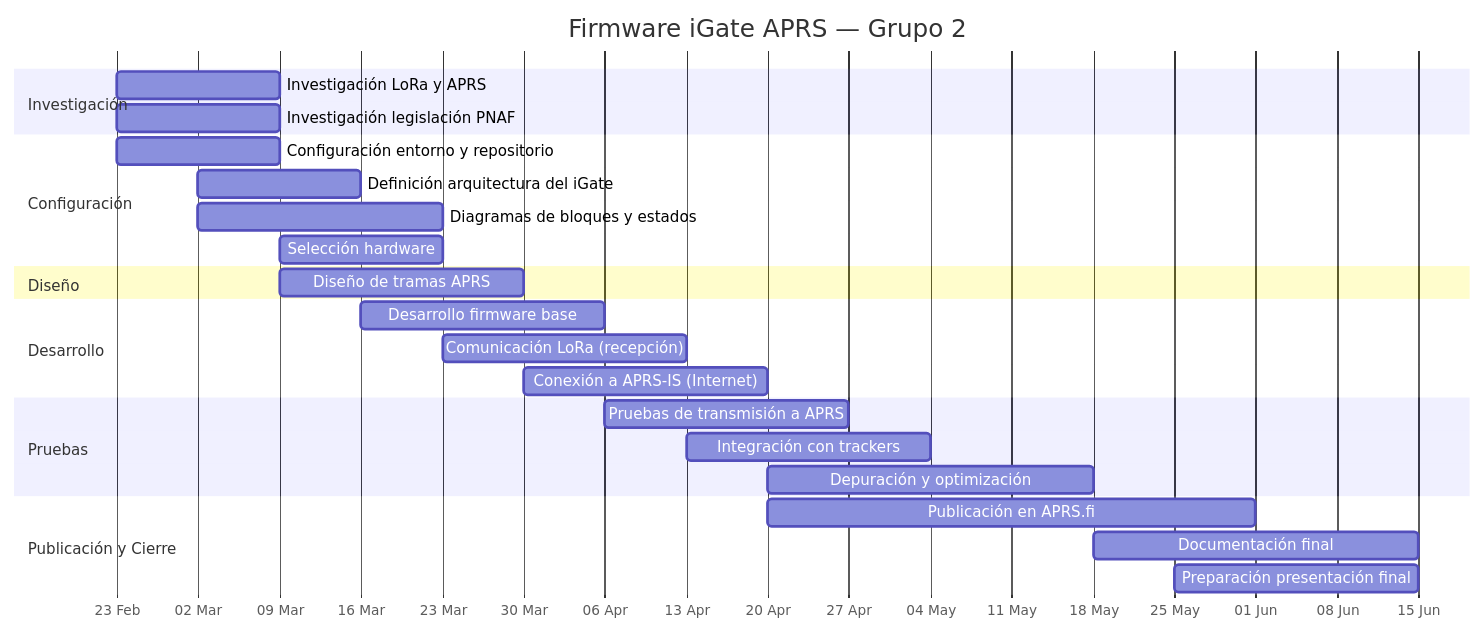
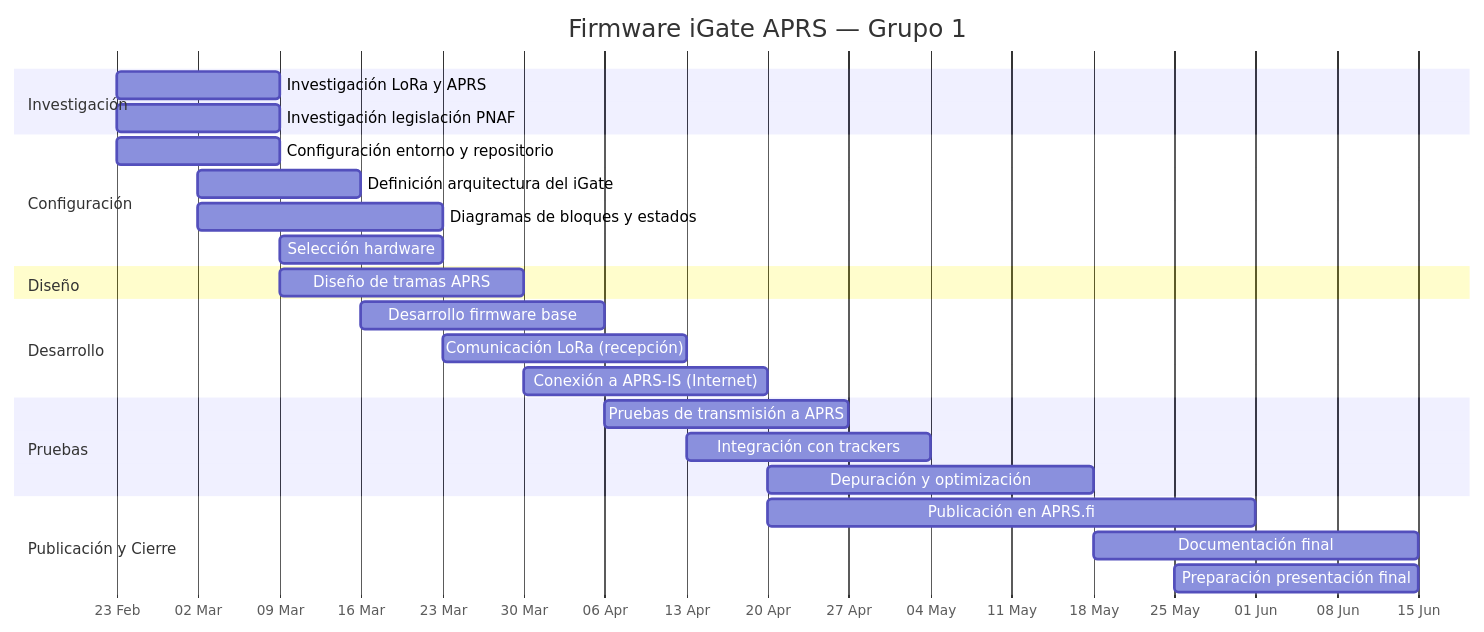
Before and after one commit to DlynchR/taller_integrador_g2: the diagram in README.md, drawn with Mermaid. The commit also changed other lines of this file, not shown here.

Commit message:
Cambiando a grupo1

````diff
--- a/README.md
+++ b/README.md
@@ -46,34 +46,34 @@
 ```mermaid
 gantt
-    title Firmware iGate APRS — Grupo 2
+    title Firmware iGate APRS — Grupo 1
     dateFormat  YYYY-MM-DD
     axisFormat  %d %b
 
     section Investigación
     Investigación LoRa y APRS              :a1, 2025-02-23, 14d
     Investigación legislación PNAF         :a2, 2025-02-23, 14d
 
     section Configuración
     Configuración entorno y repositorio    :b1, 2025-02-23, 14d
     Definición arquitectura del iGate      :b2, 2025-03-02, 14d
     Diagramas de bloques y estados         :b3, 2025-03-02, 21d
     Selección hardware      :b4, 2025-03-09, 14d
 
     section Diseño
     Diseño de tramas APRS                  :c1, 2025-03-09, 21d
 
     section Desarrollo
     Desarrollo firmware base               :d1, 2025-03-16, 21d
     Comunicación LoRa (recepción)          :d2, 2025-03-23, 21d
     Conexión a APRS-IS (Internet)          :d3, 2025-03-30, 21d
 
     section Pruebas
     Pruebas de transmisión a APRS          :e1, 2025-04-06, 21d
     Integración con trackers               :e2, 2025-04-13, 21d
     Depuración y optimización              :e3, 2025-04-20, 28d
 
     section Publicación y Cierre
     Publicación en APRS.fi                 :f1, 2025-04-20, 42d
     Documentación final                    :f2, 2025-05-18, 28d
     Preparación presentación final         :f3, 2025-05-25, 21d
 ```
````
